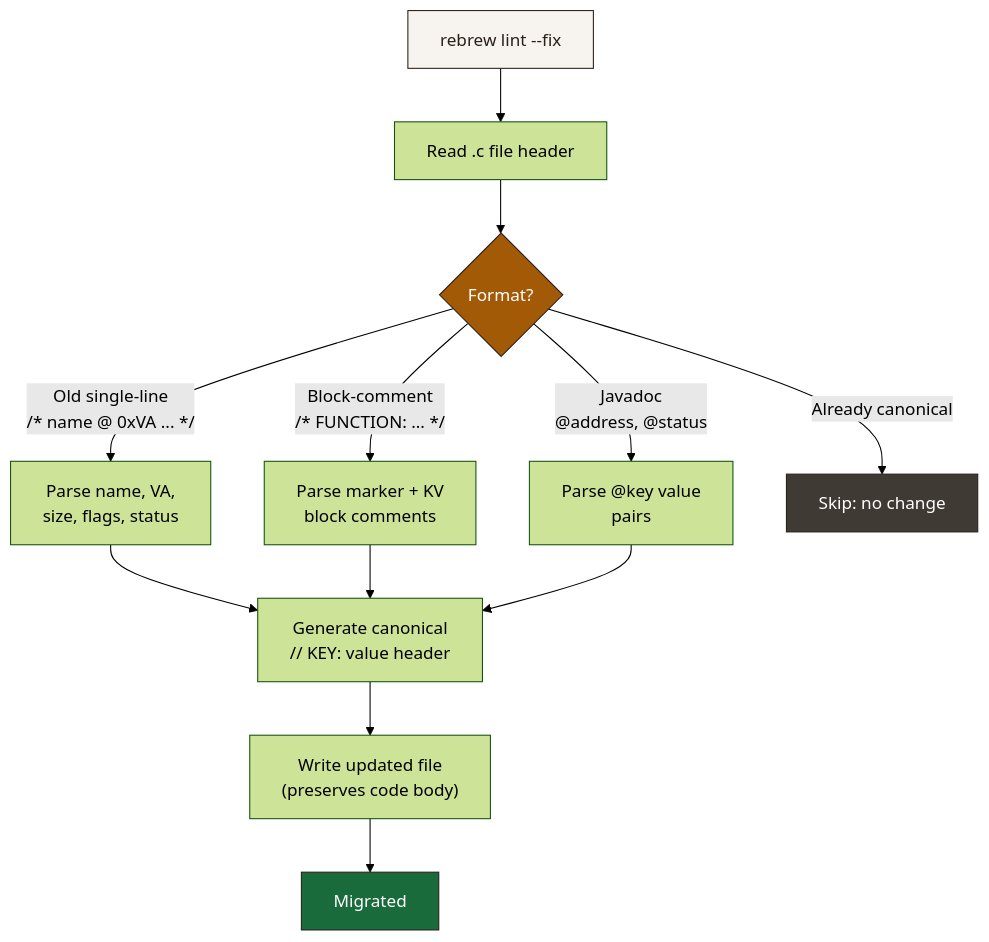
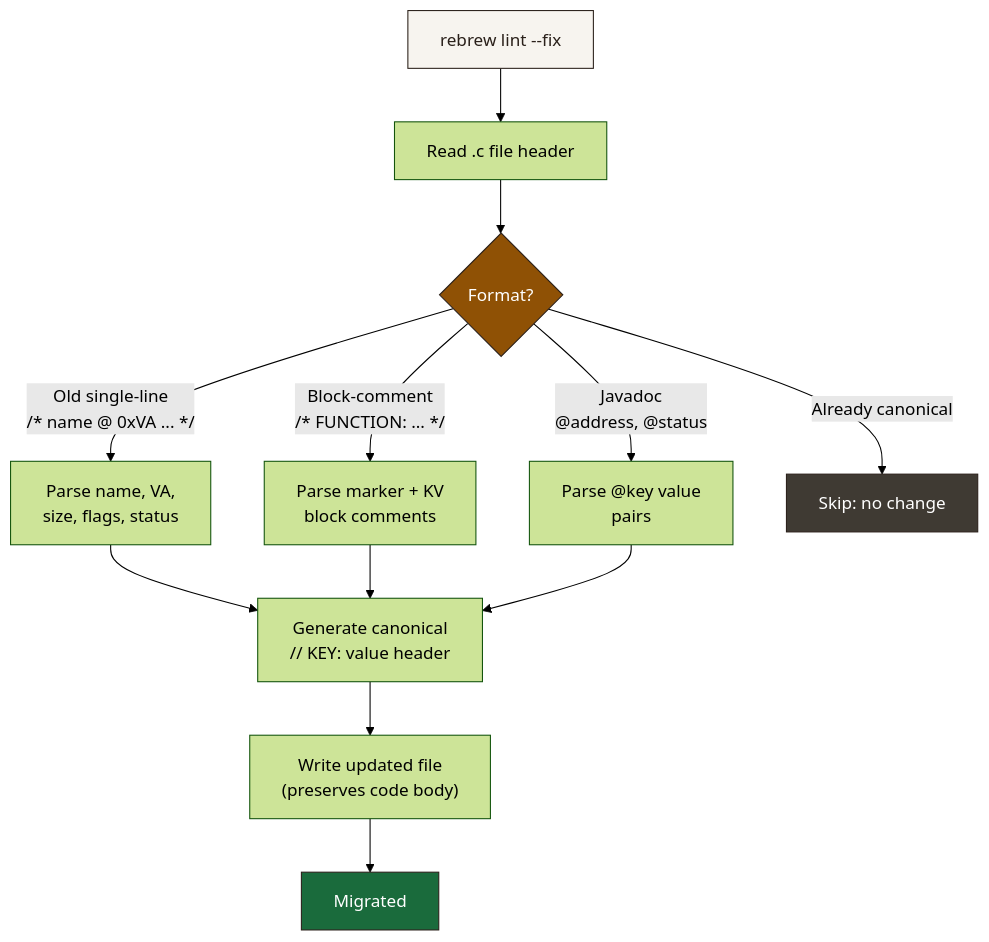
The diagram in docs/ANNOTATIONS.md (maci0/rebrew), drawn with Mermaid (forest theme) before and after one commit. The commit also changed 3 other files, not shown here.

````diff
--- a/docs/ANNOTATIONS.md
+++ b/docs/ANNOTATIONS.md
@@ -539,21 +539,21 @@
 ```mermaid
 graph TD
     A["rebrew lint --fix"] --> B["Read .c file header"]
     B --> C{"Format?"}
     C -->|"Old single-line<br/>/* name @ 0xVA ... */"| D["Parse name, VA,<br/>size, flags, status"]
     C -->|"Block-comment<br/>/* FUNCTION: ... */"| E["Parse marker + KV<br/>block comments"]
     C -->|"Javadoc<br/>@address, @status"| F["Parse @key value<br/>pairs"]
     C -->|"Already canonical"| G["Skip: no change"]
 
     D --> H["Generate canonical<br/>// KEY: value header"]
     E --> H
     F --> H
 
     H --> I["Write updated file<br/>(preserves code body)"]
     I --> J["Migrated"]
 
     style A fill:#f7f4ef,stroke:#2a201a,color:#2a201a
     style J fill:#1a6b3c,stroke:#2a201a,color:#fff
     style G fill:#3f3a33,stroke:#2a201a,color:#fff
-    style C fill:#a35a06,stroke:#2a201a,color:#fff
+    style C fill:#8f5105,stroke:#2a201a,color:#fff
 ```
````
